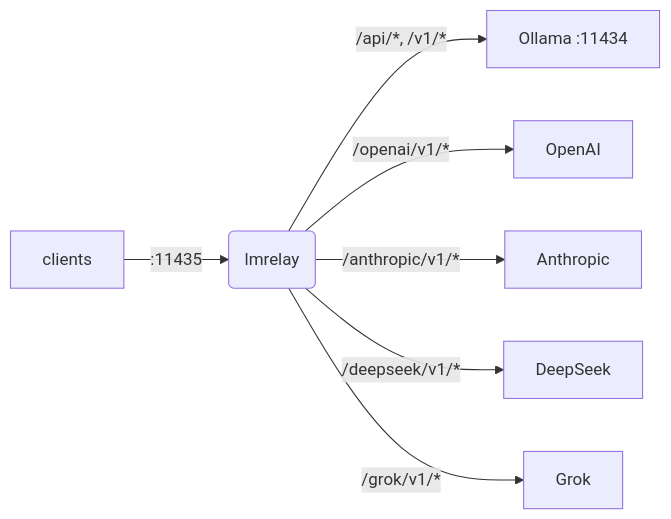
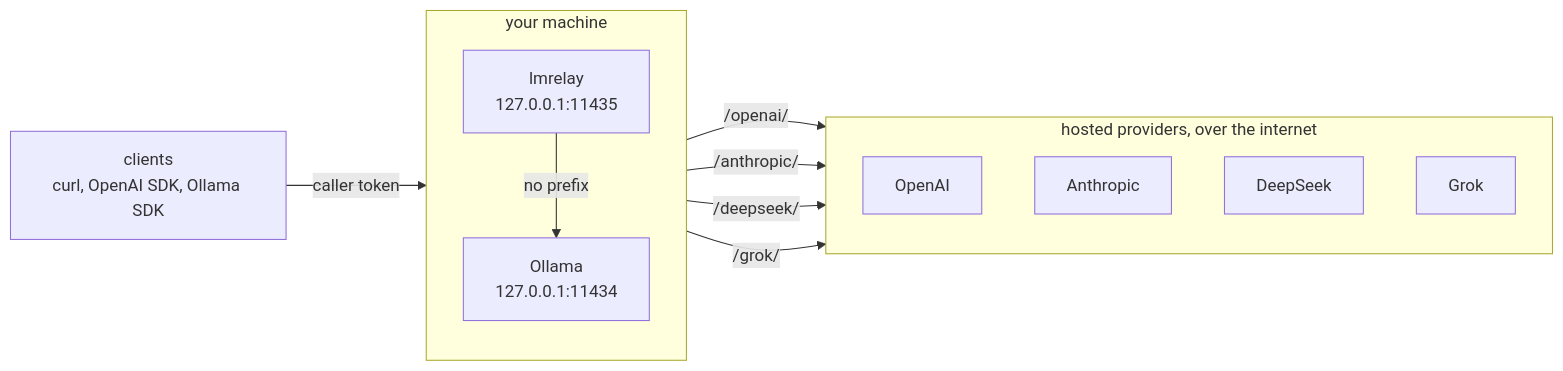
One commit to wachawo/lmrelay changed the diagram in README.md. Above: the diagram before and after it, drawn with Mermaid. The commit also changed 10 other files, not shown here.

First line of the commit message:
Make the diagram say which side of the machine each box is on

````diff
--- a/README.md
+++ b/README.md
@@ -12,9 +12,25 @@
 ```mermaid
 flowchart LR
-    C["clients"] -->|":11435"| R("lmrelay")
-    R -->|"/api/*, /v1/*"| O["Ollama :11434"]
-    R -->|"/openai/v1/*"| P1["OpenAI"]
-    R -->|"/anthropic/v1/*"| P2["Anthropic"]
-    R -->|"/deepseek/v1/*"| P3["DeepSeek"]
-    R -->|"/grok/v1/*"| P4["Grok"]
+    C["clients<br/>curl, OpenAI SDK, Ollama SDK"]
+
+    subgraph local["your machine"]
+        direction TB
+        R["lmrelay<br/>127.0.0.1:11435"]
+        O["Ollama<br/>127.0.0.1:11434"]
+    end
+
+    subgraph hosted["hosted providers, over the internet"]
+        direction TB
+        P1["OpenAI"]
+        P2["Anthropic"]
+        P3["DeepSeek"]
+        P4["Grok"]
+    end
+
+    C -- "caller token" --> R
+    R -- "no prefix" --> O
+    R -- "/openai/" --> P1
+    R -- "/anthropic/" --> P2
+    R -- "/deepseek/" --> P3
+    R -- "/grok/" --> P4
 ```
````
